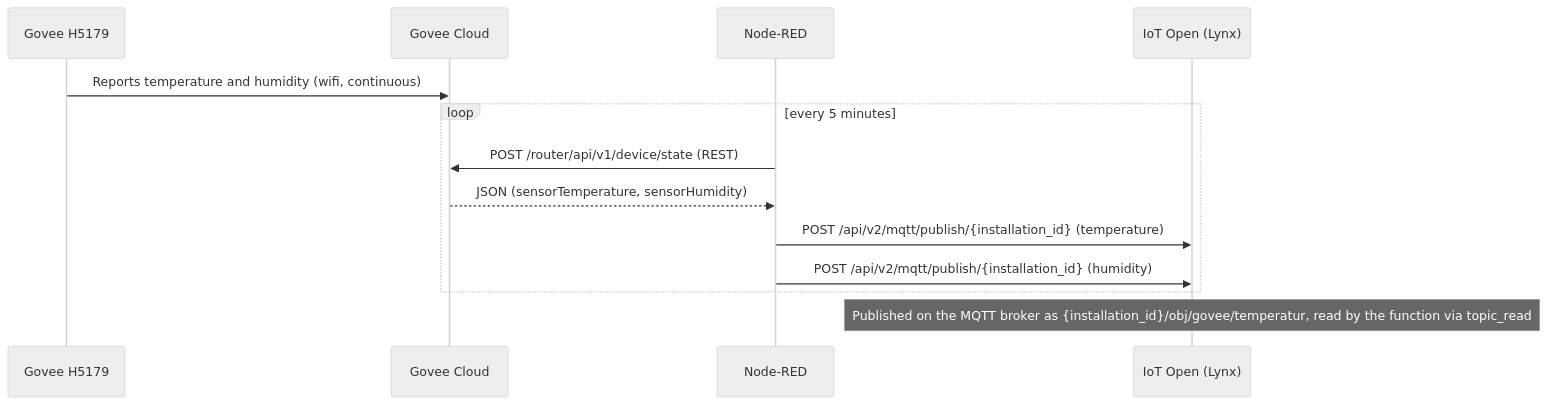
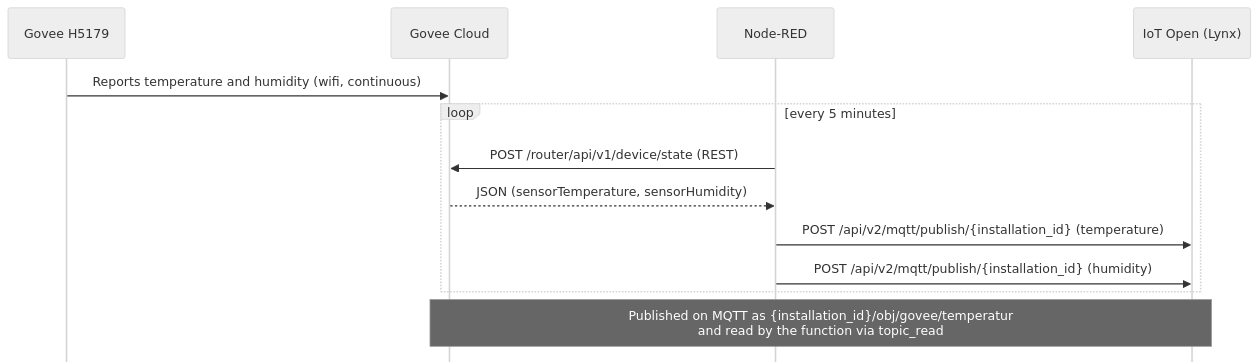
Before and after one commit to danieltomasbergstrom-sudo/govee-h5179-nodered-iotopen: the diagram in README.md, drawn with Mermaid (neutral theme).

Commit message:
Clarify MQTT publishing in README
Updated the README to clarify MQTT publishing details.

````diff
--- a/README.md
+++ b/README.md
@@ -11,15 +11,16 @@
 ```mermaid
+%%{init: {"sequence": {"mirrorActors": false}}}%%
 sequenceDiagram
     participant S as Govee H5179
     participant C as Govee Cloud
     participant N as Node-RED
     participant I as IoT Open (Lynx)
     S->>C: Reports temperature and humidity (wifi, continuous)
     loop every 5 minutes
         N->>C: POST /router/api/v1/device/state (REST)
         C-->>N: JSON (sensorTemperature, sensorHumidity)
         N->>I: POST /api/v2/mqtt/publish/{installation_id} (temperature)
         N->>I: POST /api/v2/mqtt/publish/{installation_id} (humidity)
     end
-    Note over I: Published on the MQTT broker as {installation_id}/obj/govee/temperatur, read by the function via topic_read
+    Note over C,I: Published on MQTT as {installation_id}/obj/govee/temperatur<br/>and read by the function via topic_read
 ```
````
